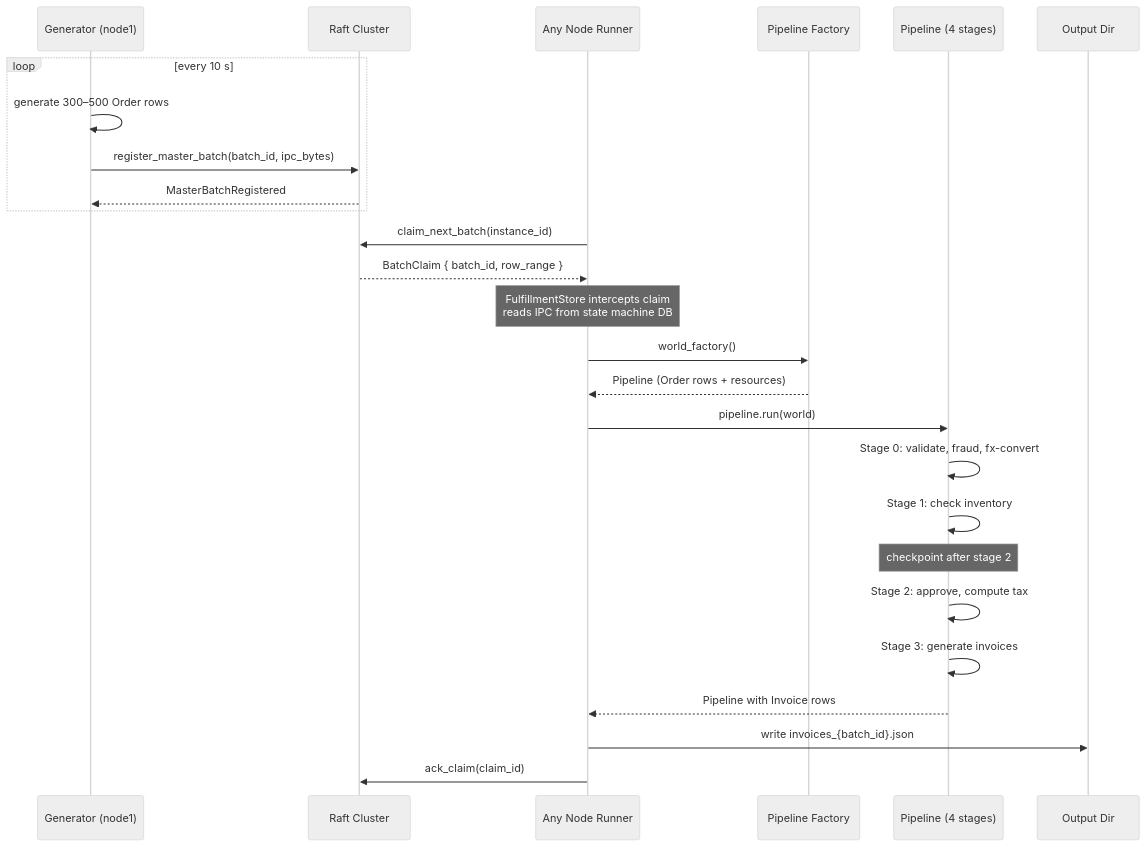
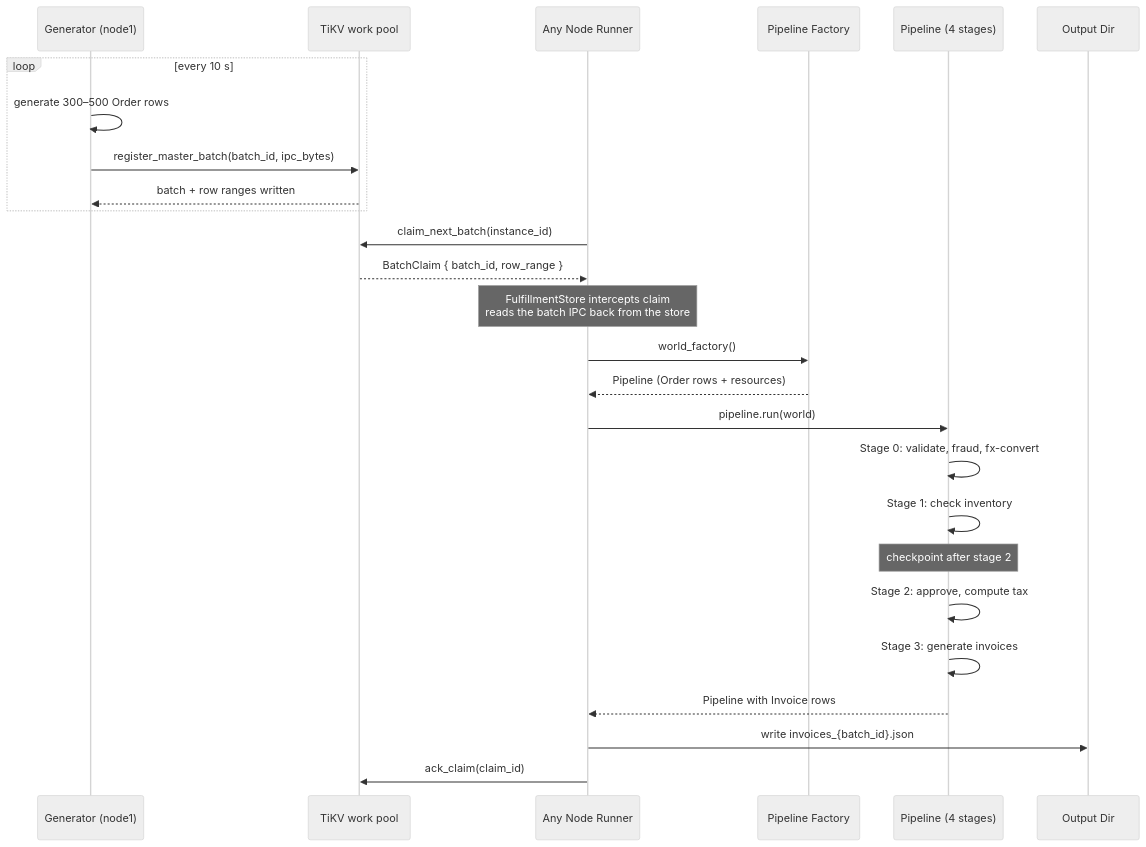
Before and after one commit to nassor/pcs: the third of 4 diagrams in examples/distributed_fulfillment/README.md, drawn with Mermaid (neutral theme). The commit also changed other lines of this file and 69 other files, not shown here.

First line of the commit message:
refactor: TiKV-only application store, redb kept as the raft log

````diff
--- a/examples/distributed_fulfillment/README.md
+++ b/examples/distributed_fulfillment/README.md
@@ -90,30 +97,30 @@
 ```mermaid
 sequenceDiagram
     participant G as Generator (node1)
-    participant R as Raft Cluster
+    participant R as TiKV work pool
     participant N as Any Node Runner
     participant W as Pipeline Factory
     participant P as Pipeline (4 stages)
     participant O as Output Dir
 
     loop every 10 s
         G->>G: generate 300–500 Order rows
         G->>R: register_master_batch(batch_id, ipc_bytes)
-        R-->>G: MasterBatchRegistered
+        R-->>G: batch + row ranges written
     end
 
     N->>R: claim_next_batch(instance_id)
     R-->>N: BatchClaim { batch_id, row_range }
-    Note over N: FulfillmentStore intercepts claim<br/>reads IPC from state machine DB
+    Note over N: FulfillmentStore intercepts claim<br/>reads the batch IPC back from the store
     N->>W: world_factory()
     W-->>N: Pipeline (Order rows + resources)
     N->>P: pipeline.run(world)
     P->>P: Stage 0: validate, fraud, fx-convert
     P->>P: Stage 1: check inventory
     Note over P: checkpoint after stage 2
     P->>P: Stage 2: approve, compute tax
     P->>P: Stage 3: generate invoices
     P-->>N: Pipeline with Invoice rows
     N->>O: write invoices_{batch_id}.json
     N->>R: ack_claim(claim_id)
 ```
````
